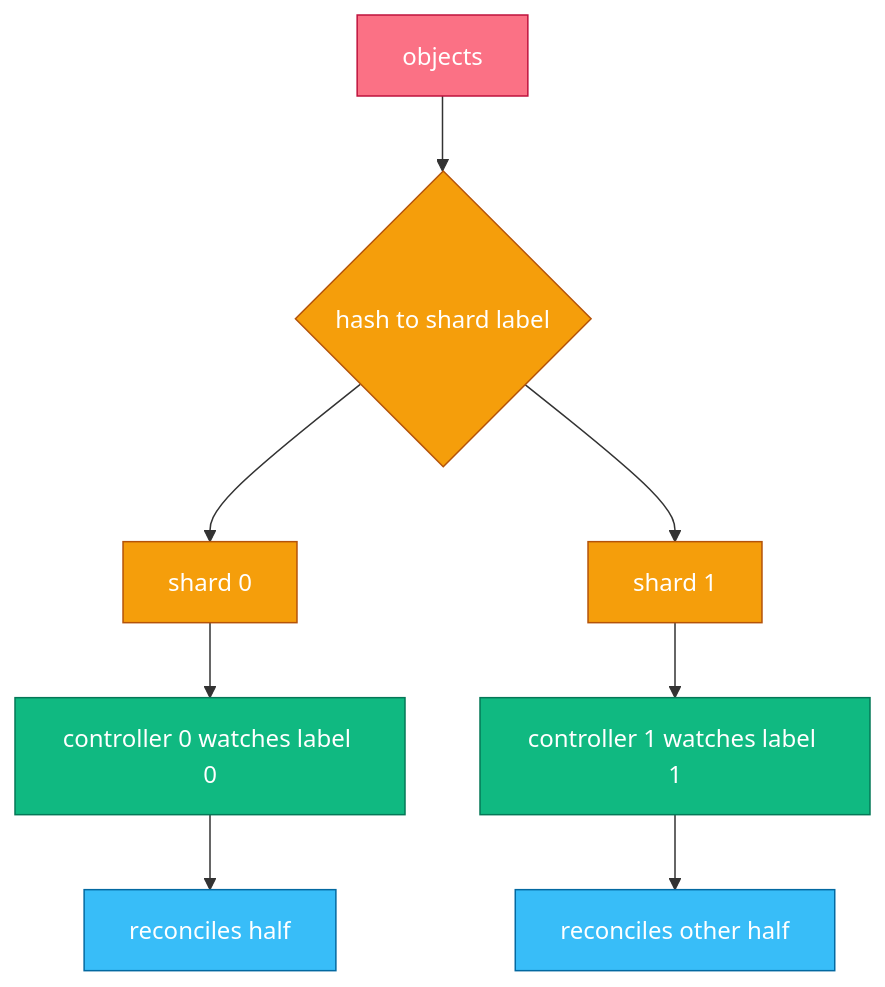
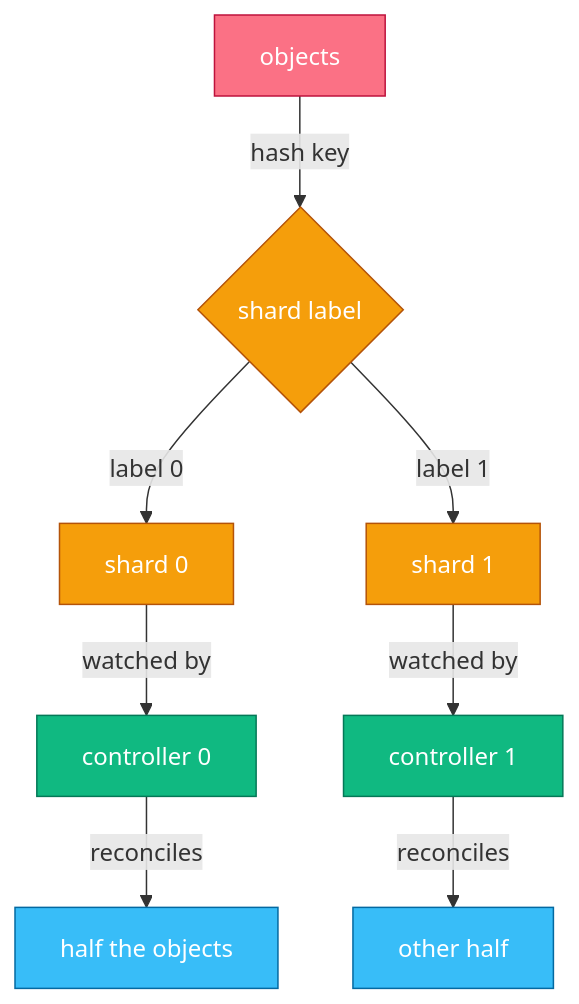
One commit to sanketsudake/k8s-worksheet changed the first of 4 diagrams in chapters/ch10.md. Above: the diagram before and after it, drawn with Mermaid. The commit also changed other lines of this file and 11 other files, not shown here.

````diff
--- a/chapters/ch10.md
+++ b/chapters/ch10.md
@@ -30,20 +30,20 @@
 ```mermaid
 flowchart TD
-  O[objects] --> H{hash to shard label}
-  H --> S0[shard 0]
-  H --> S1[shard 1]
-  S0 --> C0[controller 0 watches label 0]
-  S1 --> C1[controller 1 watches label 1]
-  C0 --> R0[reconciles half]
-  C1 --> R1[reconciles other half]
+  O[objects] -->|hash key| H{shard label}
+  H -->|label 0| S0[shard 0]
+  H -->|label 1| S1[shard 1]
+  S0 -->|watched by| C0[controller 0]
+  S1 -->|watched by| C1[controller 1]
+  C0 -->|reconciles| R0[half the objects]
+  C1 -->|reconciles| R1[other half]
 
   classDef resource fill:#fb7185,stroke:#be123c,color:#fff
   classDef process fill:#38bdf8,stroke:#0369a1,color:#fff
   classDef lease fill:#f59e0b,stroke:#b45309,color:#fff
   classDef leader fill:#10b981,stroke:#047857,color:#fff
   class O resource
   class H lease
   class S0,S1 lease
   class C0,C1 leader
   class R0,R1 process
 ```
````
